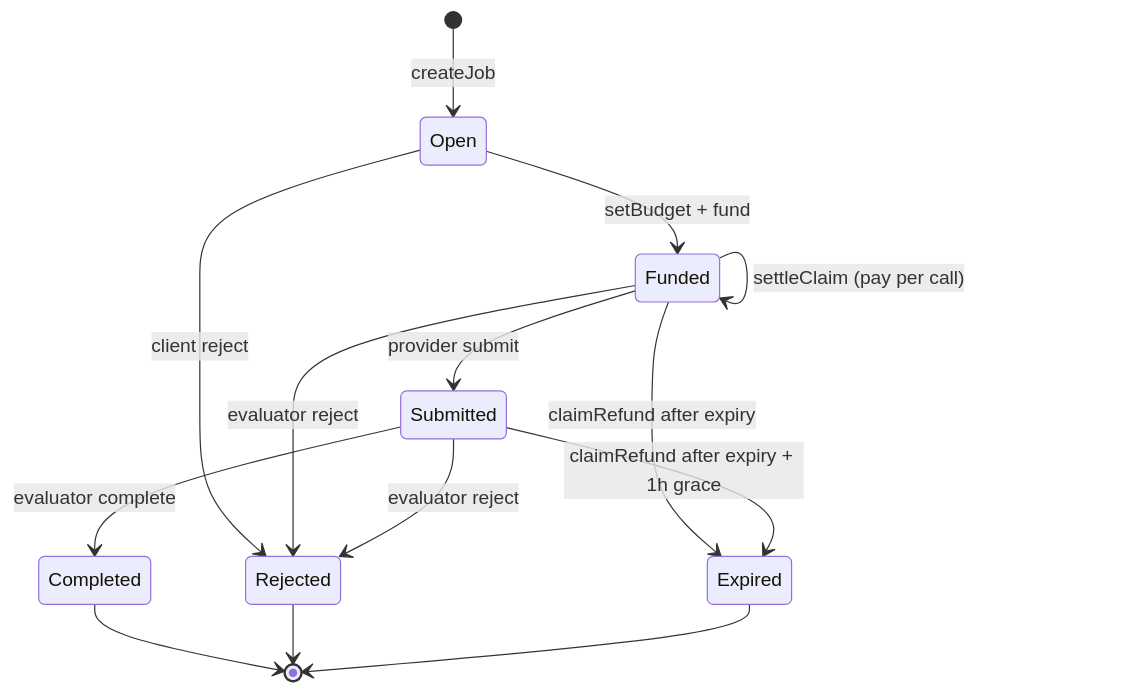
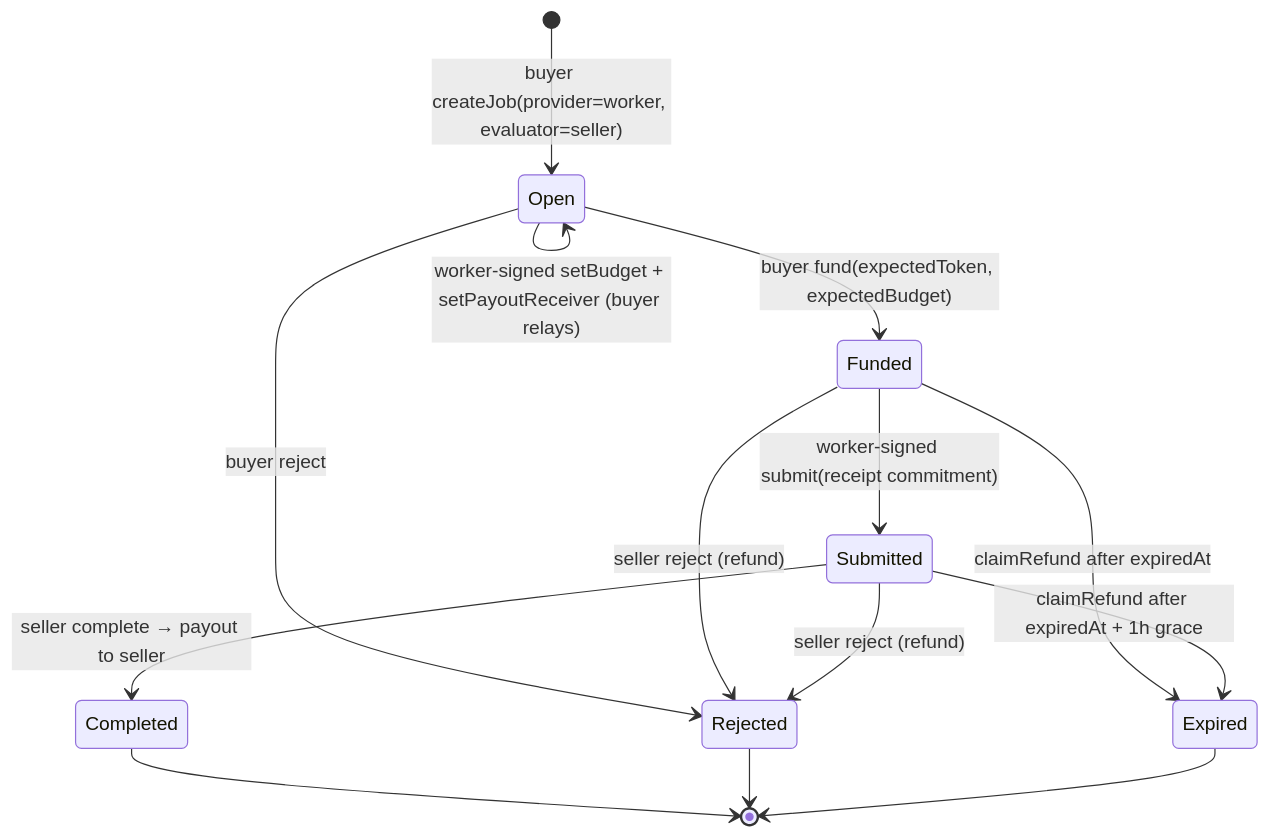
Before and after one commit to Soni-Shivam/Pivot_HTE: the ninth of 16 diagrams in docs/ARCHITECTURE.md, drawn with Mermaid. The commit also changed other lines of this file and 9 other files, not shown here.

First line of the commit message:
Revise plan after PR review: restore customization agent and two-party worker

````diff
--- a/docs/ARCHITECTURE.md
+++ b/docs/ARCHITECTURE.md
@@ -185,16 +255,16 @@
 ```mermaid
 stateDiagram-v2
-    [*] --> Open: createJob
-    Open --> Funded: setBudget + fund
-    Open --> Rejected: client reject
-    Funded --> Funded: settleClaim (pay per call)
-    Funded --> Submitted: provider submit
-    Funded --> Rejected: evaluator reject
-    Funded --> Expired: claimRefund after expiry
-    Submitted --> Completed: evaluator complete
-    Submitted --> Rejected: evaluator reject
-    Submitted --> Expired: claimRefund after expiry + 1h grace
+    [*] --> Open: buyer createJob(provider=worker, evaluator=seller)
+    Open --> Open: worker-signed setBudget + setPayoutReceiver (buyer relays)
+    Open --> Funded: buyer fund(expectedToken, expectedBudget)
+    Open --> Rejected: buyer reject
+    Funded --> Submitted: worker-signed submit(receipt commitment)
+    Funded --> Rejected: seller reject (refund)
+    Funded --> Expired: claimRefund after expiredAt
+    Submitted --> Completed: seller complete → payout to seller
+    Submitted --> Rejected: seller reject (refund)
+    Submitted --> Expired: claimRefund after expiredAt + 1h grace
     Completed --> [*]
     Rejected --> [*]
     Expired --> [*]
 ```
````
